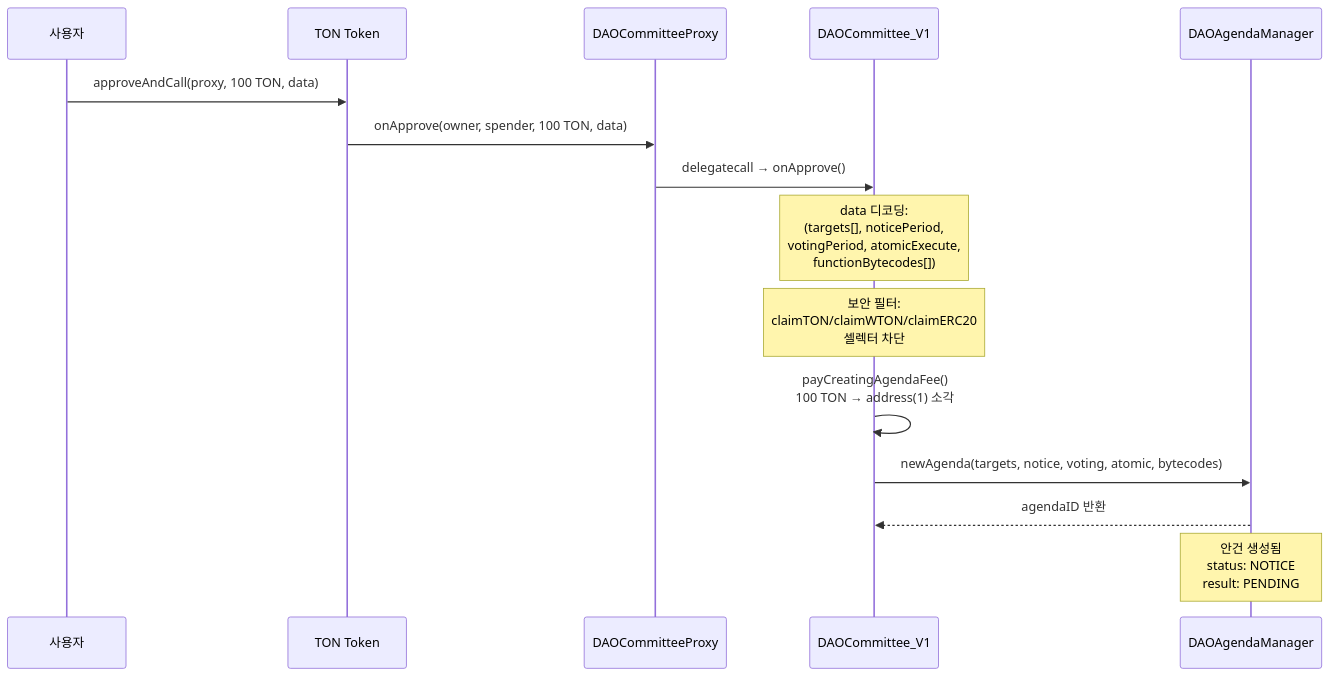
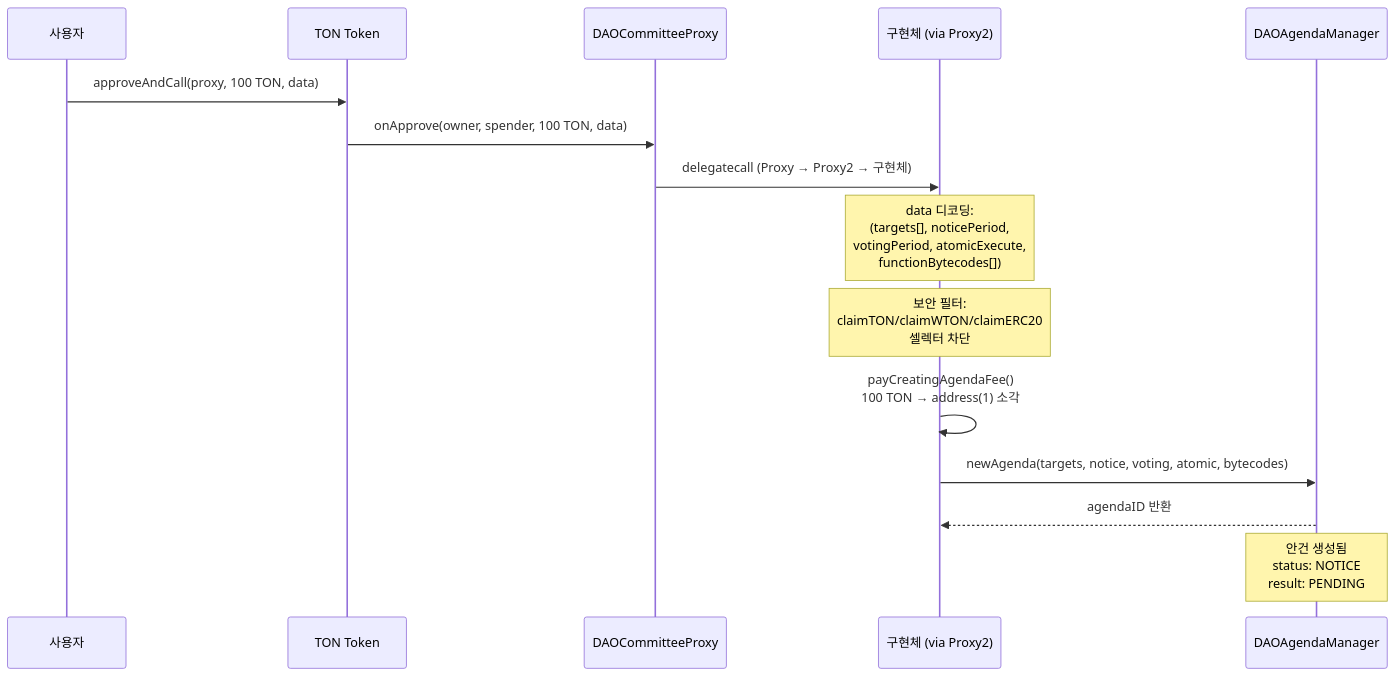
One commit to tokamak-network/tokamak-dao-v2 changed the ninth of 11 diagrams in docs/v1-architecture.md. Above: the diagram before and after it, drawn with Mermaid. The commit also changed other lines of this file, not shown here.

First line of the commit message:
docs: update V1 architecture with on-chain verified state

````diff
--- a/docs/v1-architecture.md
+++ b/docs/v1-architecture.md
@@ -264,22 +297,22 @@
 ```mermaid
 sequenceDiagram
     participant User as 사용자
     participant TON as TON Token
     participant DCP as DAOCommitteeProxy
-    participant DC as DAOCommittee_V1
+    participant DC as 구현체 (via Proxy2)
     participant DAM as DAOAgendaManager
 
     User->>TON: approveAndCall(proxy, 100 TON, data)
     TON->>DCP: onApprove(owner, spender, 100 TON, data)
-    DCP->>DC: delegatecall → onApprove()
+    DCP->>DC: delegatecall (Proxy → Proxy2 → 구현체)
 
     Note over DC: data 디코딩:<br/>(targets[], noticePeriod,<br/>votingPeriod, atomicExecute,<br/>functionBytecodes[])
 
     Note over DC: 보안 필터:<br/>claimTON/claimWTON/claimERC20<br/>셀렉터 차단
 
     DC->>DC: payCreatingAgendaFee()<br/>100 TON → address(1) 소각
     DC->>DAM: newAgenda(targets, notice, voting, atomic, bytecodes)
     DAM-->>DC: agendaID 반환
 
     Note over DAM: 안건 생성됨<br/>status: NOTICE<br/>result: PENDING
 ```
````
